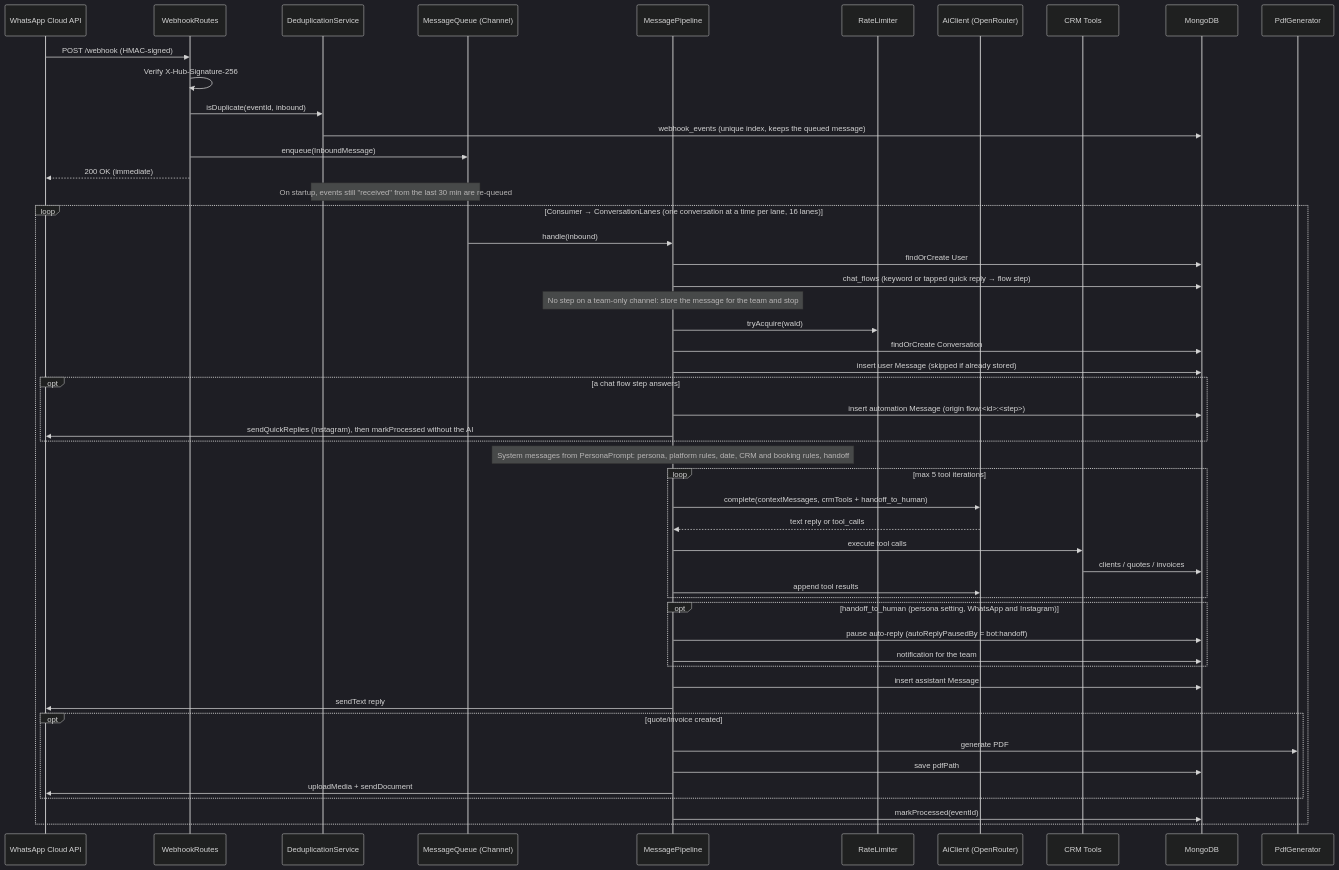
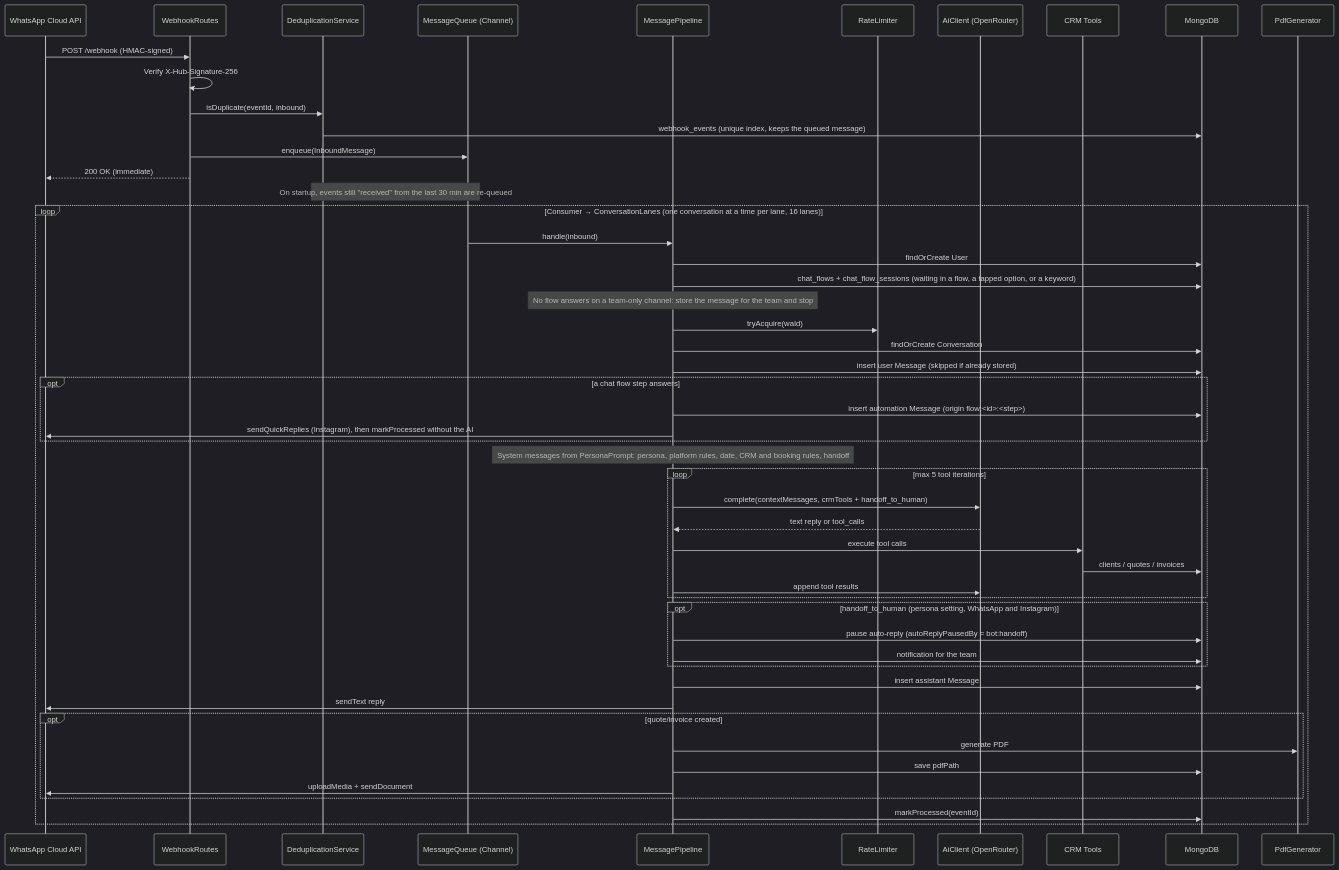
Before and after one commit to rfm-9300/rfm-edubot: the first of 25 diagrams in docs/architecture.md, drawn with Mermaid (dark theme). The commit also changed other lines of this file and 61 other files, not shown here.

First line of the commit message:
Add the Chatbot page: fixed chat flows with questions, conditions, actions and kept choices (#123)

````diff
--- a/docs/architecture.md
+++ b/docs/architecture.md
@@ -9,55 +9,55 @@
 ```mermaid
 sequenceDiagram
     participant WA as WhatsApp Cloud API
     participant W as WebhookRoutes
     participant D as DeduplicationService
     participant Q as MessageQueue (Channel)
     participant P as MessagePipeline
     participant R as RateLimiter
     participant AI as AiClient (OpenRouter)
     participant CRM as CRM Tools
     participant DB as MongoDB
     participant PDF as PdfGenerator
 
     WA->>W: POST /webhook (HMAC-signed)
     W->>W: Verify X-Hub-Signature-256
     W->>D: isDuplicate(eventId, inbound)
     D->>DB: webhook_events (unique index, keeps the queued message)
     W->>Q: enqueue(InboundMessage)
     W-->>WA: 200 OK (immediate)
     Note over D,Q: On startup, events still "received" from the last 30 min are re-queued
 
     loop Consumer → ConversationLanes (one conversation at a time per lane, 16 lanes)
         Q->>P: handle(inbound)
         P->>DB: findOrCreate User
-        P->>DB: chat_flows (keyword or tapped quick reply → flow step)
-        Note over P: No step on a team-only channel: store the message for the team and stop
+        P->>DB: chat_flows + chat_flow_sessions (waiting in a flow, a tapped option, or a keyword)
+        Note over P: No flow answers on a team-only channel: store the message for the team and stop
         P->>R: tryAcquire(waId)
         P->>DB: findOrCreate Conversation
         P->>DB: insert user Message (skipped if already stored)
         opt a chat flow step answers
             P->>DB: insert automation Message (origin flow:<id>:<step>)
             P->>WA: sendQuickReplies (Instagram), then markProcessed without the AI
         end
         Note over P: System messages from PersonaPrompt: persona, platform rules, date, CRM and booking rules, handoff
         loop max 5 tool iterations
             P->>AI: complete(contextMessages, crmTools + handoff_to_human)
             AI-->>P: text reply or tool_calls
             P->>CRM: execute tool calls
             CRM->>DB: clients / quotes / invoices
             P->>AI: append tool results
         end
         opt handoff_to_human (persona setting, WhatsApp and Instagram)
             P->>DB: pause auto-reply (autoReplyPausedBy = bot:handoff)
             P->>DB: notification for the team
         end
         P->>DB: insert assistant Message
         P->>WA: sendText reply
         opt quote/invoice created
             P->>PDF: generate PDF
             P->>DB: save pdfPath
             P->>WA: uploadMedia + sendDocument
         end
         P->>DB: markProcessed(eventId)
     end
 ```
````
